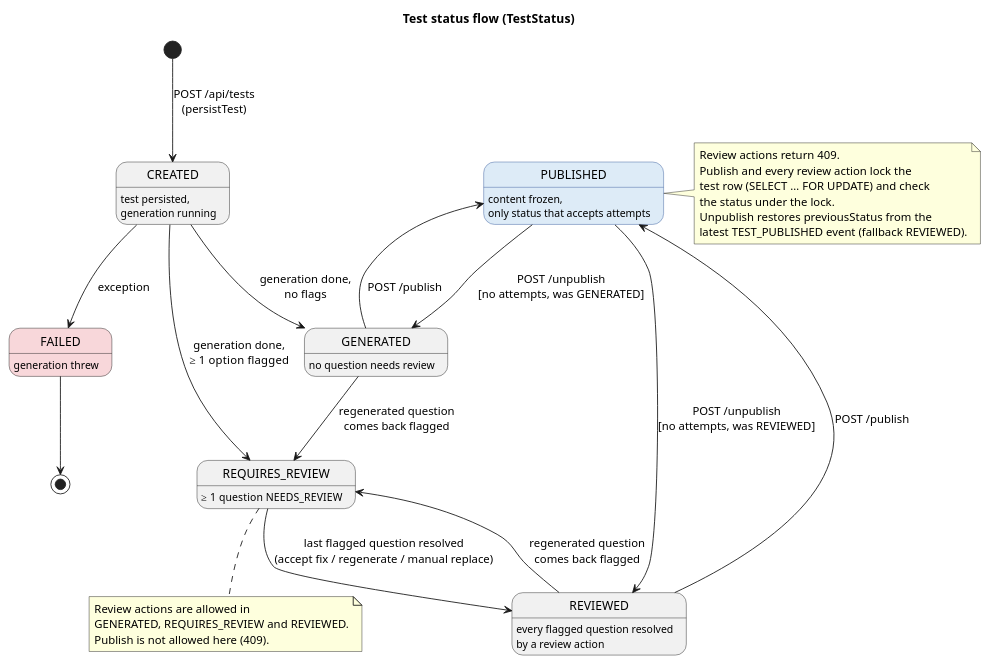
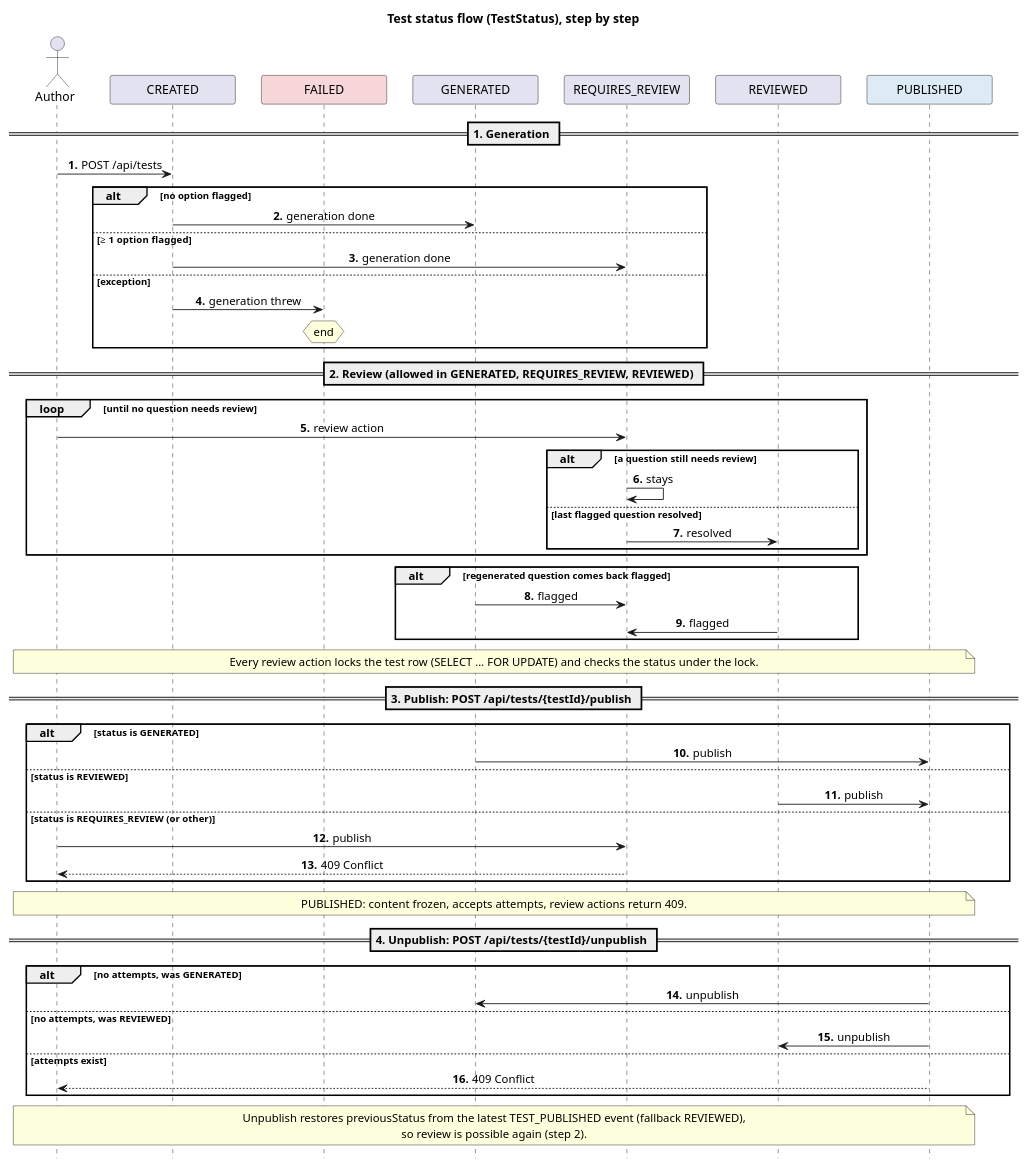
The diagram in docs/architecture/diagrams/test-status-flow.puml (irina981/know-gauge), drawn with PlantUML before and after one commit.

Commit message:
docs(review): Redraw the test status flow as a step-by-step sequence diagram
- Replace the TestStatus state diagram with a sequence diagram that has one participant per
  status and numbered transitions, grouped into generation, review, publish and unpublish
- Show that a review action either keeps the test in REQUIRES_REVIEW or moves it to REVIEWED,
  and that regenerating a question on a GENERATED or REVIEWED test can send it back to
  REQUIRES_REVIEW
- Show the 409 cases for publish from REQUIRES_REVIEW, for review actions on a published test
  and for unpublish once attempts exist

```diff
--- a/docs/architecture/diagrams/test-status-flow.puml
+++ b/docs/architecture/diagrams/test-status-flow.puml
@@ -1,50 +1,83 @@
 @startuml test-status-flow
-title Test status flow (TestStatus)
+title Test status flow (TestStatus), step by step
 
-hide empty description
-skinparam state {
-  BackgroundColor<<frozen>> #DDEBF7
-  BorderColor<<frozen>> #2F5597
-  BackgroundColor<<terminal>> #F8D7DA
-}
+autonumber "<b>0."
+hide footbox
+skinparam sequenceMessageAlign center
+skinparam MinClassWidth 130
+skinparam ParticipantPadding 10
+skinparam NoteTextAlignment center
+skinparam BoxPadding 10
 
-state CREATED : test persisted,\ngeneration running
-state GENERATED : no question needs review
-state REQUIRES_REVIEW : ≥ 1 question NEEDS_REVIEW
-state REVIEWED : every flagged question resolved\nby a review action
-state FAILED <<terminal>> : generation threw
-state PUBLISHED <<frozen>> : content frozen,\nonly status that accepts attempts
+actor "Author" as author
+participant "CREATED" as created
+participant "FAILED" as failed #F8D7DA
+participant "GENERATED" as generated
+participant "REQUIRES_REVIEW" as requiresReview
+participant "REVIEWED" as reviewed
+participant "PUBLISHED" as published #DDEBF7
 
-[*] --> CREATED : POST /api/tests\n(persistTest)
+== 1. Generation ==
 
-CREATED --> GENERATED : generation done,\nno flags
-CREATED --> REQUIRES_REVIEW : generation done,\n≥ 1 option flagged
-CREATED --> FAILED : exception
-FAILED --> [*]
+author -> created : POST /api/tests
 
-REQUIRES_REVIEW --> REVIEWED : last flagged question resolved\n(accept fix / regenerate / manual replace)
-GENERATED --> REQUIRES_REVIEW : regenerated question\ncomes back flagged
-REVIEWED --> REQUIRES_REVIEW : regenerated question\ncomes back flagged
+alt no option flagged
+  created -> generated : generation done
+else ≥ 1 option flagged
+  created -> requiresReview : generation done
+else exception
+  created -> failed : generation threw
+  hnote over failed : end
+end
 
-GENERATED --> PUBLISHED : POST /publish
-REVIEWED --> PUBLISHED : POST /publish
+== 2. Review (allowed in GENERATED, REQUIRES_REVIEW, REVIEWED) ==
 
-PUBLISHED --> GENERATED : POST /unpublish\n[no attempts, was GENERATED]
-PUBLISHED --> REVIEWED : POST /unpublish\n[no attempts, was REVIEWED]
+loop until no question needs review
+  author -> requiresReview : review action
+  alt a question still needs review
+    requiresReview -> requiresReview : stays
+  else last flagged question resolved
+    requiresReview -> reviewed : resolved
+  end
+end
 
-note right of PUBLISHED
-  Review actions return 409.
-  Publish and every review action lock the
-  test row (SELECT … FOR UPDATE) and check
-  the status under the lock.
-  Unpublish restores previousStatus from the
-  latest TEST_PUBLISHED event (fallback REVIEWED).
+alt regenerated question comes back flagged
+  generated -> requiresReview : flagged
+  reviewed -> requiresReview : flagged
+end
+
+note across
+  Every review action locks the test row (SELECT … FOR UPDATE) and checks the status under the lock.
 end note
 
-note bottom of REQUIRES_REVIEW
-  Review actions are allowed in
-  GENERATED, REQUIRES_REVIEW and REVIEWED.
-  Publish is not allowed here (409).
+== 3. Publish: POST /api/tests/{testId}/publish ==
+
+alt status is GENERATED
+  generated -> published : publish
+else status is REVIEWED
+  reviewed -> published : publish
+else status is REQUIRES_REVIEW (or other)
+  author -> requiresReview : publish
+  requiresReview --> author : 409 Conflict
+end
+
+note across
+  PUBLISHED: content frozen, accepts attempts, review actions return 409.
+end note
+
+== 4. Unpublish: POST /api/tests/{testId}/unpublish ==
+
+alt no attempts, was GENERATED
+  published -> generated : unpublish
+else no attempts, was REVIEWED
+  published -> reviewed : unpublish
+else attempts exist
+  published --> author : 409 Conflict
+end
+
+note across
+  Unpublish restores previousStatus from the latest TEST_PUBLISHED event (fallback REVIEWED),
+  so review is possible again (step 2).
 end note
 
 @enduml
```
